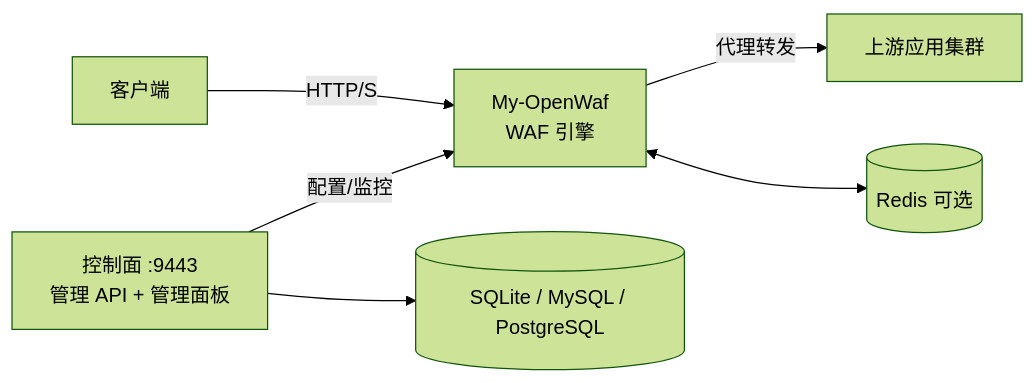
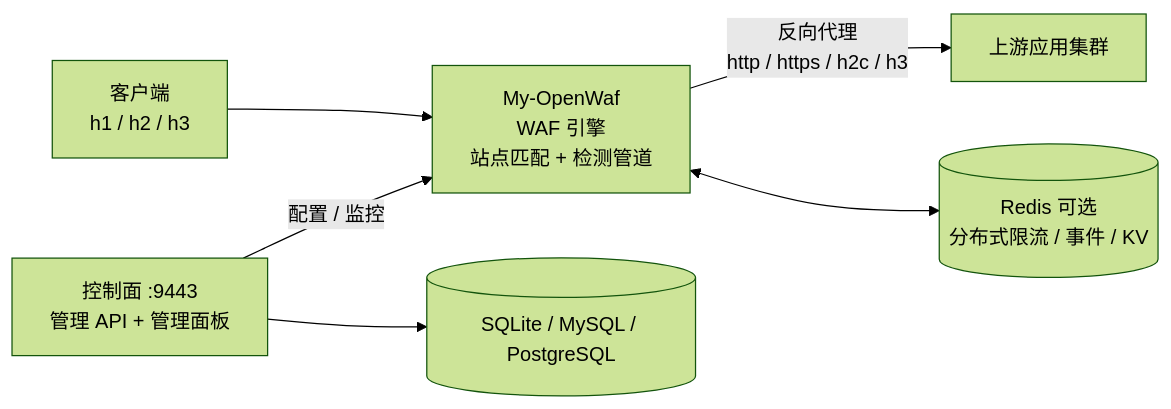
The first of 3 diagrams in README.md (x01n/My-OpenWaf), drawn with Mermaid (forest theme) before and after one commit. The commit also changed other lines of this file and 36 other files, not shown here.

````diff
--- a/README.md
+++ b/README.md
@@ -40,9 +42,9 @@
 ```mermaid
 flowchart LR
-  Client[客户端] -->|HTTP/S| WAF[My-OpenWaf<br/>WAF 引擎]
-  WAF -->|代理转发| Upstream[上游应用集群]
+  Client[客户端<br/>h1 / h2 / h3] --> WAF[My-OpenWaf<br/>WAF 引擎<br/>站点匹配 + 检测管道]
+  WAF -->|反向代理<br/>http / https / h2c / h3| Upstream[上游应用集群]
 
-  Admin[控制面 :9443<br/>管理 API + 管理面板] -->|配置/监控| WAF
+  Admin[控制面 :9443<br/>管理 API + 管理面板] -->|配置 / 监控| WAF
   Admin --> DB[(SQLite / MySQL / PostgreSQL)]
-  WAF <--> Redis[(Redis 可选)]
+  WAF <--> Redis[(Redis 可选<br/>分布式限流 / 事件 / KV)]
 ```
````
